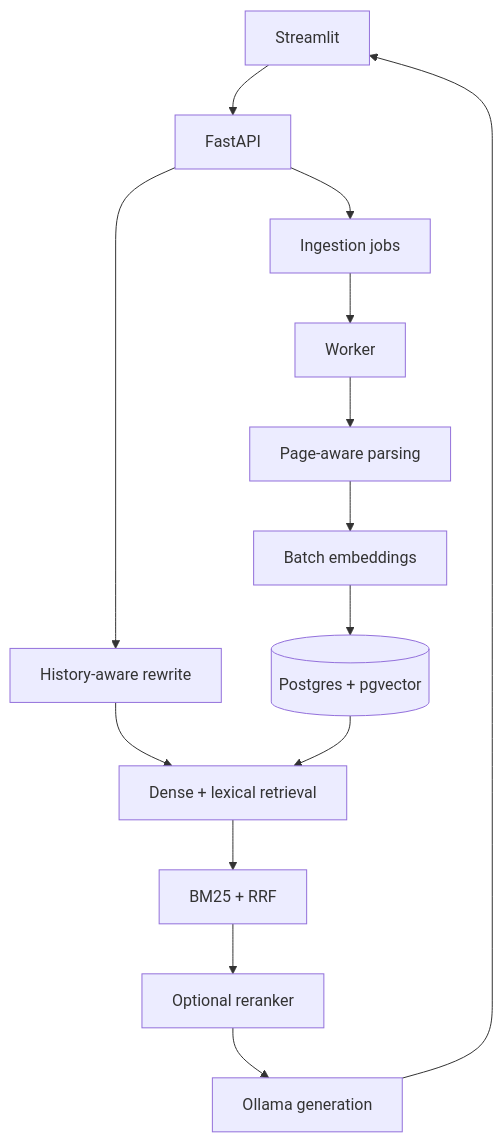
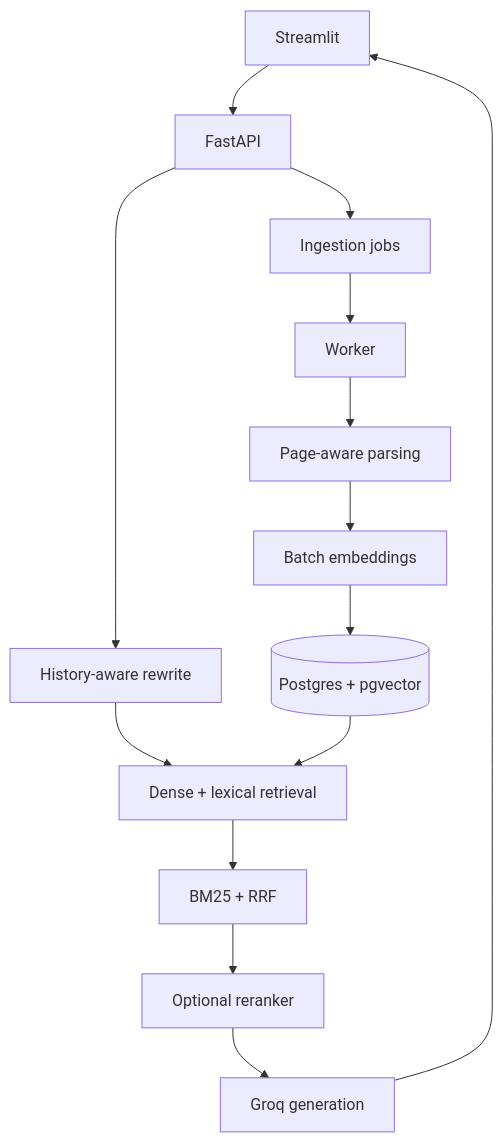
The diagram in README.md (Suhanimehra/rag_assistant), drawn with Mermaid before and after one commit. The commit also changed other lines of this file and 18 other files, not shown here.

````diff
--- a/README.md
+++ b/README.md
@@ -16,16 +16,16 @@
 ```mermaid
 flowchart TD
     UI[Streamlit] --> API[FastAPI]
     API --> Q[Ingestion jobs]
     Q --> W[Worker]
     W --> P[Page-aware parsing]
     P --> E[Batch embeddings]
     E --> DB[(Postgres + pgvector)]
     API --> H[History-aware rewrite]
     H --> R[Dense + lexical retrieval]
     DB --> R
     R --> F[BM25 + RRF]
     F --> X[Optional reranker]
-    X --> L[Ollama generation]
+    X --> L[Groq generation]
     L --> UI
 ```
````
